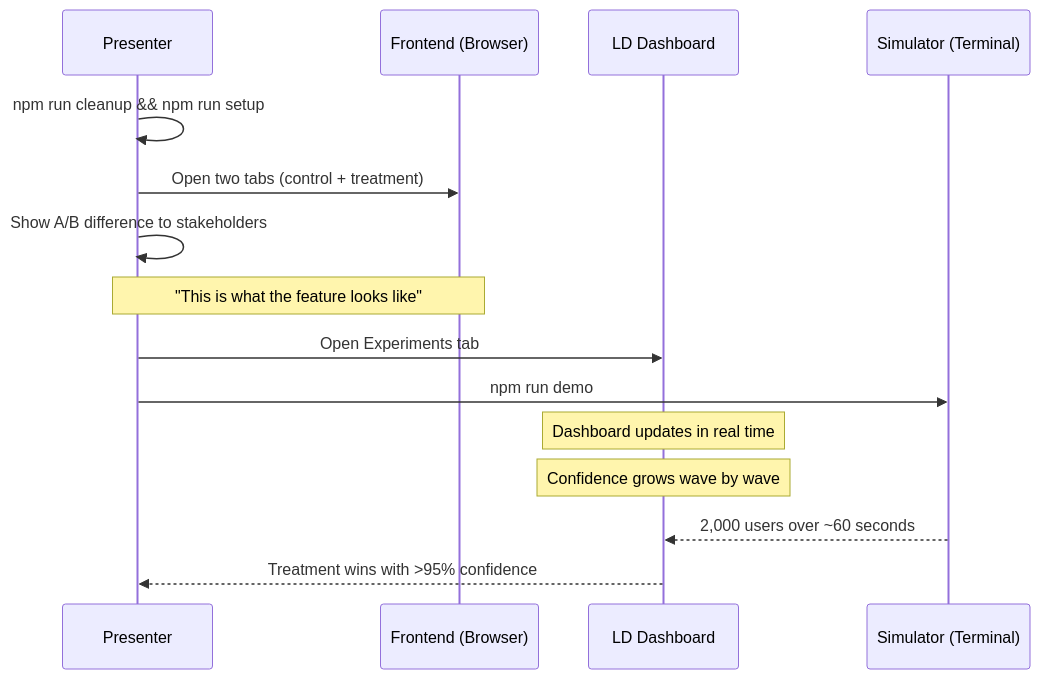
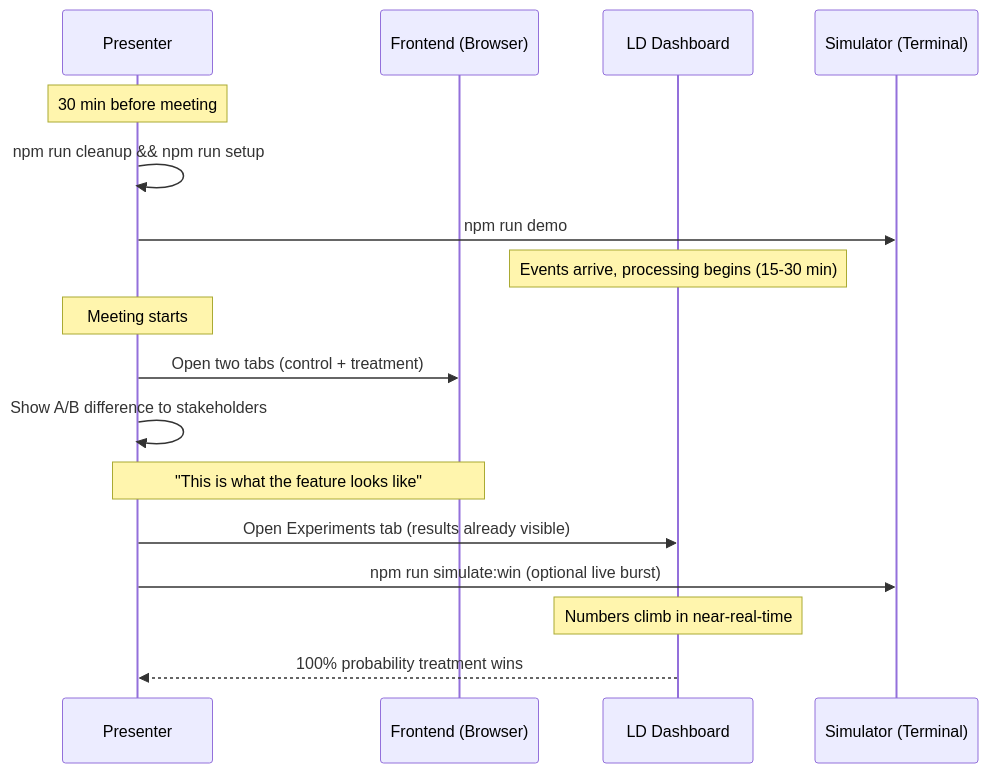
Before and after one commit to rtodea/launch-darkly-poc: the third of 3 diagrams in README.md, drawn with Mermaid. The commit also changed other lines of this file and 1 other file, not shown here.

First line of the commit message:
Add CLAUDE.md, document processing delay and experiment lifecycle

````diff
--- a/README.md
+++ b/README.md
@@ -216,20 +216,23 @@
 ```mermaid
 sequenceDiagram
     participant P as Presenter
     participant FE as Frontend (Browser)
     participant LD as LD Dashboard
     participant SIM as Simulator (Terminal)
 
+    Note over P: 30 min before meeting
     P->>P: npm run cleanup && npm run setup
+    P->>SIM: npm run demo
+    Note over LD: Events arrive, processing begins (15-30 min)
+
+    Note over P: Meeting starts
     P->>FE: Open two tabs (control + treatment)
     P->>P: Show A/B difference to stakeholders
 
     Note over P,FE: "This is what the feature looks like"
 
-    P->>LD: Open Experiments tab
-    P->>SIM: npm run demo
-    Note over LD: Dashboard updates in real time
-    Note over LD: Confidence grows wave by wave
-    SIM-->>LD: 2,000 users over ~60 seconds
-    LD-->>P: Treatment wins with >95% confidence
+    P->>LD: Open Experiments tab (results already visible)
+    P->>SIM: npm run simulate:win (optional live burst)
+    Note over LD: Numbers climb in near-real-time
+    LD-->>P: 100% probability treatment wins
 ```
````
